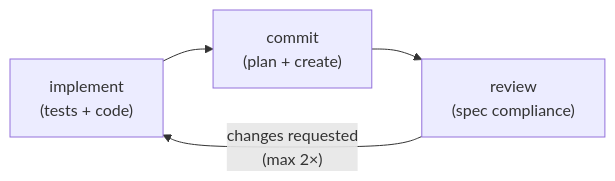
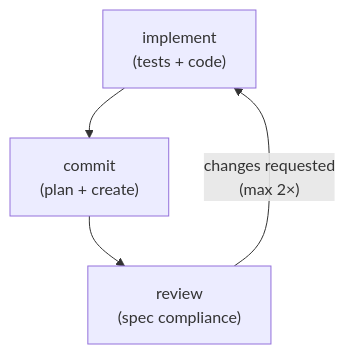
Before and after one commit to sjev/robodev: the second of 2 diagrams in README.md, drawn with Mermaid. The commit also changed other lines of this file, not shown here.

````diff
--- a/README.md
+++ b/README.md
@@ -60,5 +49,5 @@
 ```mermaid
-flowchart LR
+flowchart TD
     I["implement<br>(tests + code)"] --> C["commit<br>(plan + create)"] --> R["review<br>(spec compliance)"]
     R -->|"changes requested<br>(max 2×)"| I
 ```
````
